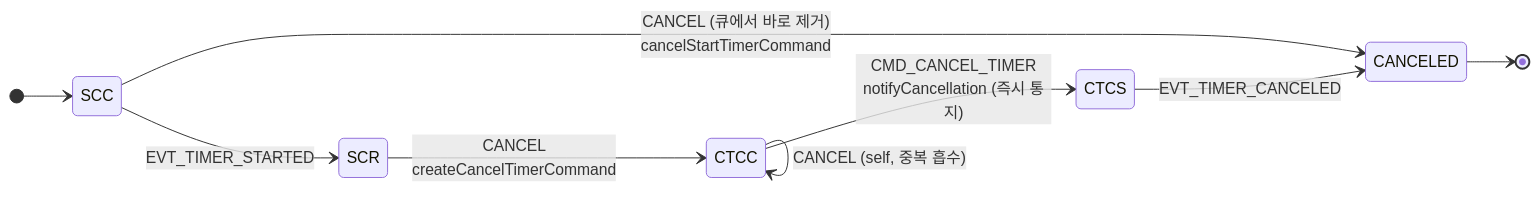
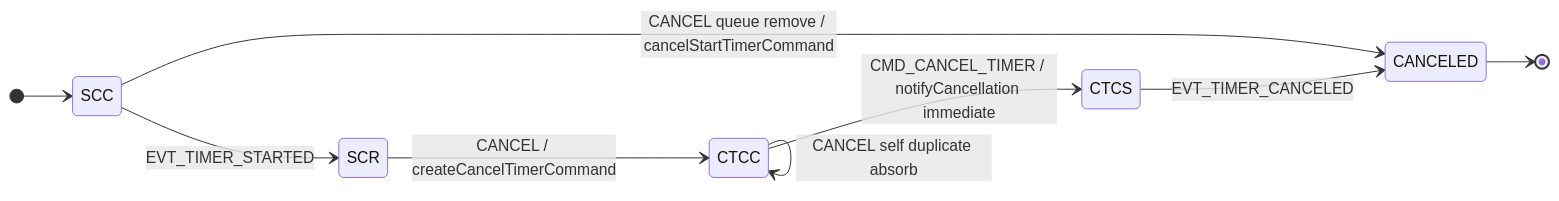
One commit to HyoungDaeKim/temporalio-samples-java changed the ninth of 10 diagrams in doc/temporal/14-state-machines.md. Above: the diagram before and after it, drawn with Mermaid. The commit also changed other lines of this file and 2 other files, not shown here.

````diff
--- a/doc/temporal/14-state-machines.md
+++ b/doc/temporal/14-state-machines.md
@@ -491,12 +490,12 @@
 ```mermaid
 stateDiagram-v2
     direction LR
     [*] --> SCC
-    SCC --> CANCELED : CANCEL (큐에서 바로 제거)<br/>cancelStartTimerCommand
+    SCC --> CANCELED : CANCEL queue remove / cancelStartTimerCommand
     SCC --> SCR : EVT_TIMER_STARTED
-    SCR --> CTCC : CANCEL<br/>createCancelTimerCommand
-    CTCC --> CTCC : CANCEL (self, 중복 흡수)
-    CTCC --> CTCS : CMD_CANCEL_TIMER<br/>notifyCancellation (즉시 통지)
+    SCR --> CTCC : CANCEL / createCancelTimerCommand
+    CTCC --> CTCC : CANCEL self duplicate absorb
+    CTCC --> CTCS : CMD_CANCEL_TIMER / notifyCancellation immediate
     CTCS --> CANCELED : EVT_TIMER_CANCELED
     CANCELED --> [*]
 ```
````
